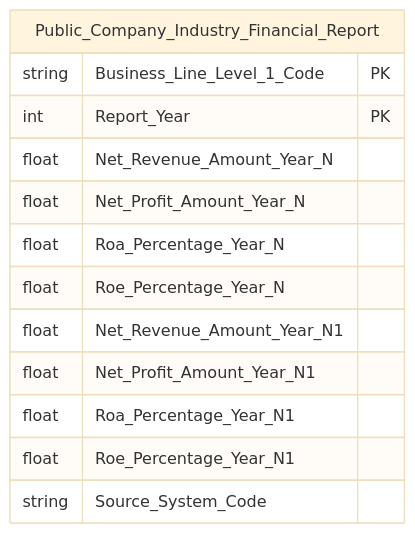
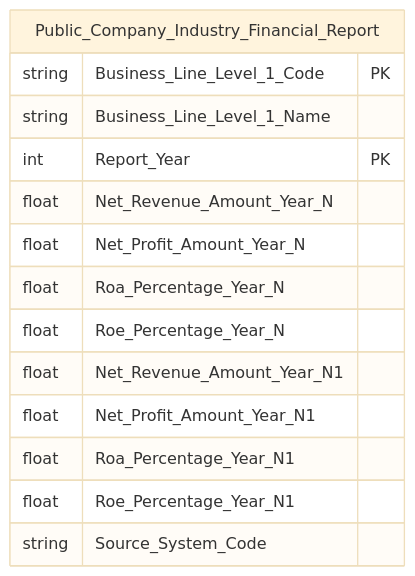
Diagram 49 of 55 in Datamart/hld/DTM_GSDC_HLD.md (linhlvit/ubck_atomic_design), drawn with Mermaid (base theme) before and after one commit. The commit also changed other lines of this file and 4 other files, not shown here.

````diff
--- a/Datamart/hld/DTM_GSDC_HLD.md
+++ b/Datamart/hld/DTM_GSDC_HLD.md
@@ -2841,16 +2841,17 @@
 ```mermaid
 erDiagram
     Public_Company_Industry_Financial_Report {
         string Business_Line_Level_1_Code PK
+        string Business_Line_Level_1_Name
         int Report_Year PK
         float Net_Revenue_Amount_Year_N
         float Net_Profit_Amount_Year_N
         float Roa_Percentage_Year_N
         float Roe_Percentage_Year_N
         float Net_Revenue_Amount_Year_N1
         float Net_Profit_Amount_Year_N1
         float Roa_Percentage_Year_N1
         float Roe_Percentage_Year_N1
         string Source_System_Code
     }
 ```
````
